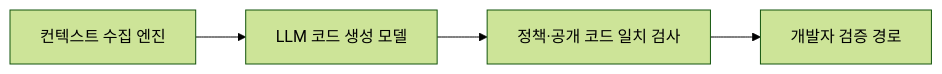
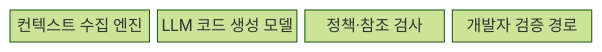
Before and after one commit to agnusdei1207/knowledge-base: the first of 2 diagrams in src/content/docs/notes/03-software/081_ai_code_generation.md, drawn with Mermaid (forest theme). The commit also changed other lines of this file and 20 other files, not shown here.

````diff
--- a/src/content/docs/notes/03-software/081_ai_code_generation.md
+++ b/src/content/docs/notes/03-software/081_ai_code_generation.md
@@ -60,6 +57,8 @@
 ```mermaid
-flowchart LR
-    C["컨텍스트 수집 엔진"] --> L["LLM 코드 생성 모델"]
-    L --> P["정책·공개 코드 일치 검사"]
-    P --> D["개발자 검증 경로"]
+block
+  columns 4
+  C["컨텍스트 수집 엔진"]
+  L["LLM 코드 생성 모델"]
+  P["정책·참조 검사"]
+  D["개발자 검증 경로"]
 ```
````
